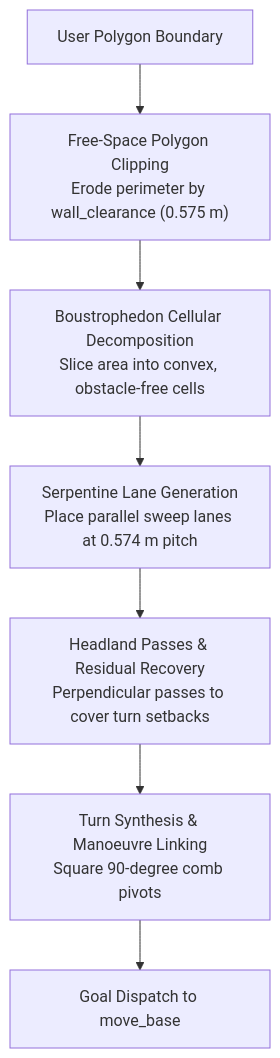
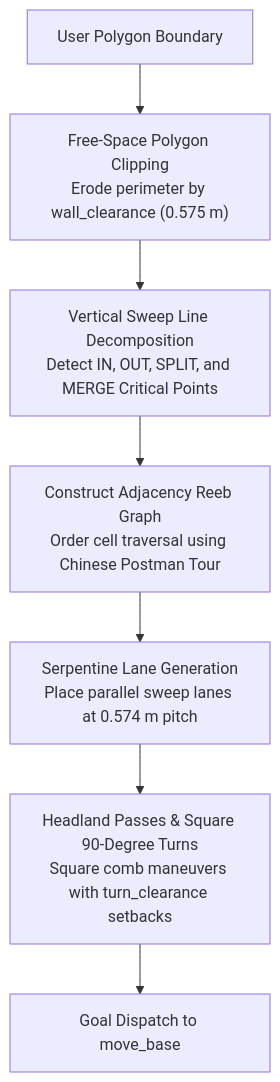
Before and after one commit to itbdelaboprogramming/msd700_documentation: the second of 4 diagrams in docs/development/boustrophedon-and-alignment.md, drawn with Mermaid. The commit also changed other lines of this file and 4 other files, not shown here.

Commit message:
docs: update firmware and hardware documentation with detailed schematics, pinouts, and control loop equations

````diff
--- a/docs/development/boustrophedon-and-alignment.md
+++ b/docs/development/boustrophedon-and-alignment.md
@@ -57,9 +62,9 @@
 ```mermaid
 flowchart TD
   A["User Polygon Boundary"] --> B["Free-Space Polygon Clipping<br/>Erode perimeter by wall_clearance (0.575 m)"]
-  B --> C["Boustrophedon Cellular Decomposition<br/>Slice area into convex, obstacle-free cells"]
-  C --> D["Serpentine Lane Generation<br/>Place parallel sweep lanes at 0.574 m pitch"]
-  D --> E["Headland Passes & Residual Recovery<br/>Perpendicular passes to cover turn setbacks"]
-  E --> F["Turn Synthesis & Manoeuvre Linking<br/>Square 90-degree comb pivots"]
+  B --> C["Vertical Sweep Line Decomposition<br/>Detect IN, OUT, SPLIT, and MERGE Critical Points"]
+  C --> D["Construct Adjacency Reeb Graph<br/>Order cell traversal using Chinese Postman Tour"]
+  D --> E["Serpentine Lane Generation<br/>Place parallel sweep lanes at 0.574 m pitch"]
+  E --> F["Headland Passes & Square 90-Degree Turns<br/>Square comb maneuvers with turn_clearance setbacks"]
   F --> G["Goal Dispatch to move_base"]
 ```
````
